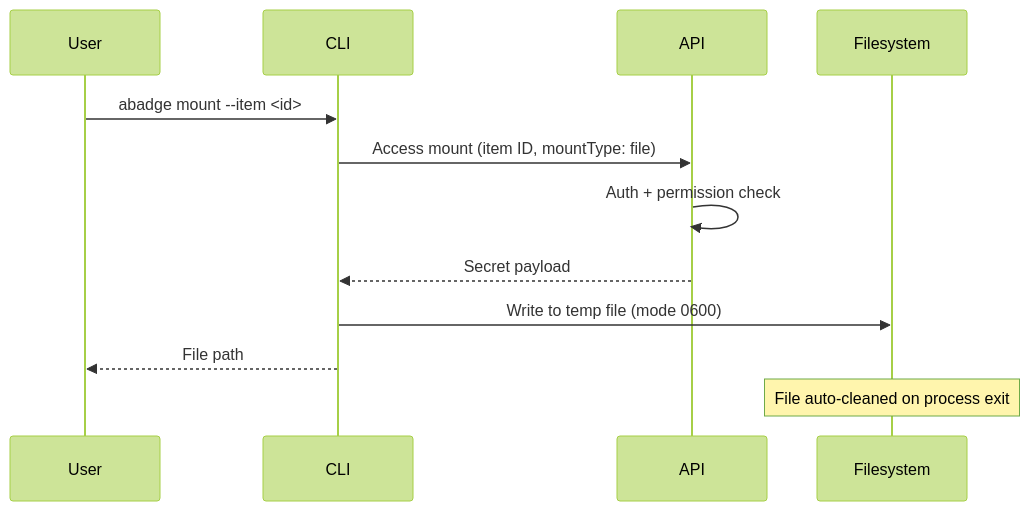
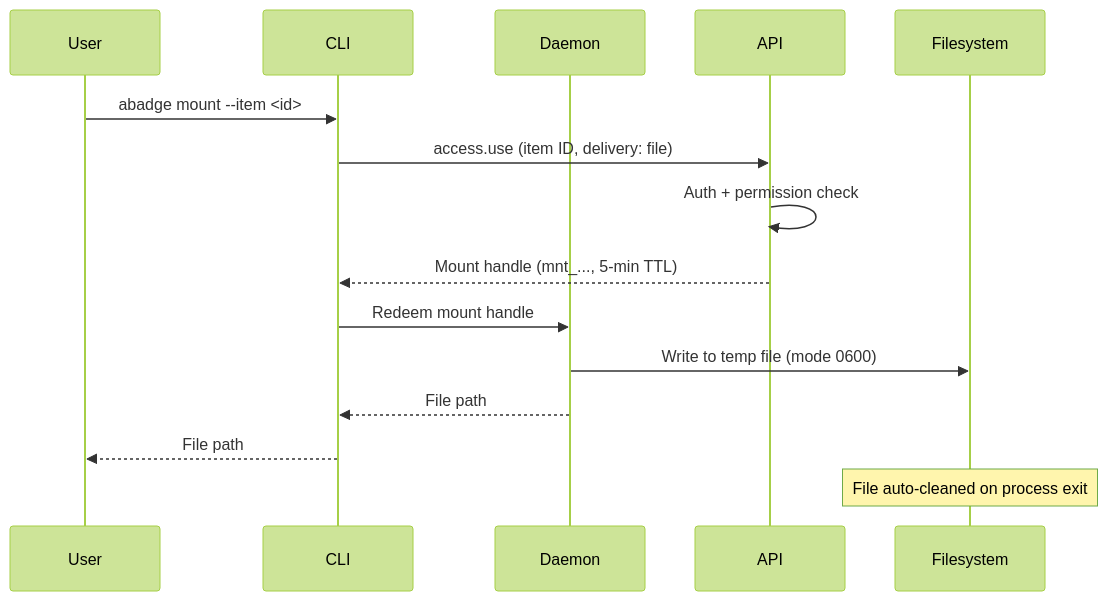
One commit to punitarani/abadge changed diagram 15 of 16 in apps/docs/workflows/flows.mdx. Above: the diagram before and after it, drawn with Mermaid (forest theme). The commit also changed other lines of this file and 217 other files, not shown here.

````diff
--- a/apps/docs/workflows/flows.mdx
+++ b/apps/docs/workflows/flows.mdx
@@ -305,15 +337,18 @@
 ```mermaid
 sequenceDiagram
   participant User as User
   participant CLI as CLI
+  participant Daemon as Daemon
   participant API as API
   participant FS as Filesystem
 
   User->>CLI: abadge mount --item <id>
-  CLI->>API: Access mount (item ID, mountType: file)
+  CLI->>API: access.use (item ID, delivery: file)
   API->>API: Auth + permission check
-  API-->>CLI: Secret payload
-  CLI->>FS: Write to temp file (mode 0600)
+  API-->>CLI: Mount handle (mnt_..., 5-min TTL)
+  CLI->>Daemon: Redeem mount handle
+  Daemon->>FS: Write to temp file (mode 0600)
+  Daemon-->>CLI: File path
   CLI-->>User: File path
   Note over FS: File auto-cleaned on process exit
 ```
````
